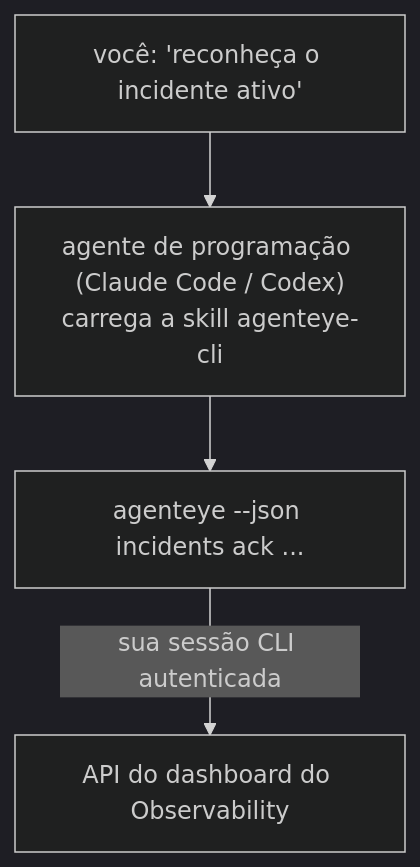
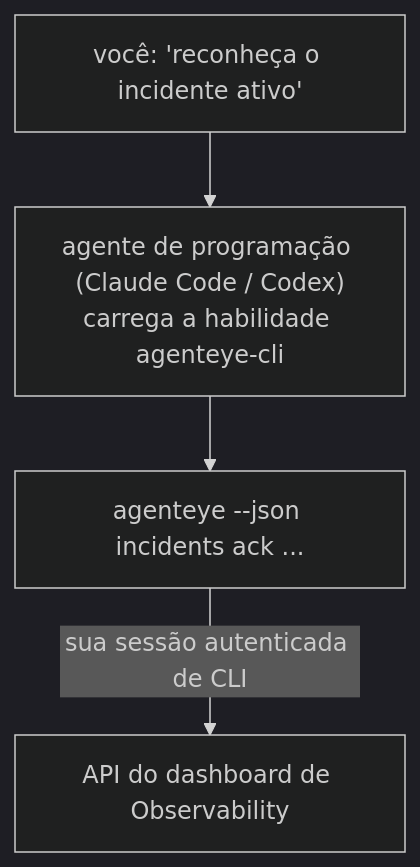
The diagram in docs/pt-br/agenteye/cli-skill.mdx (FailproofAI/failproofai), drawn with Mermaid (dark theme) before and after one commit. The commit also changed other lines of this file and 654 other files, not shown here.

````diff
--- a/docs/pt-br/agenteye/cli-skill.mdx
+++ b/docs/pt-br/agenteye/cli-skill.mdx
@@ -28,6 +28,6 @@
 ```mermaid
 flowchart TD
-    YOU["você: 'reconheça o incidente ativo'"] --> AGENT["agente de programação (Claude Code / Codex)<br/>carrega a skill agenteye-cli"]
+    YOU["você: 'reconheça o incidente ativo'"] --> AGENT["agente de programação (Claude Code / Codex)<br/>carrega a habilidade agenteye-cli"]
     AGENT --> CLI["agenteye --json incidents ack ..."]
-    CLI -->|sua sessão CLI autenticada| API["API do dashboard do Observability"]
+    CLI -->|sua sessão autenticada de CLI| API["API do dashboard de Observability"]
 ```
````
